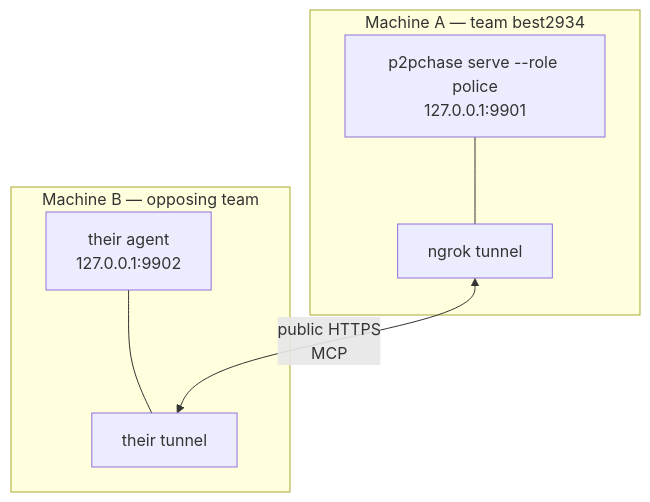
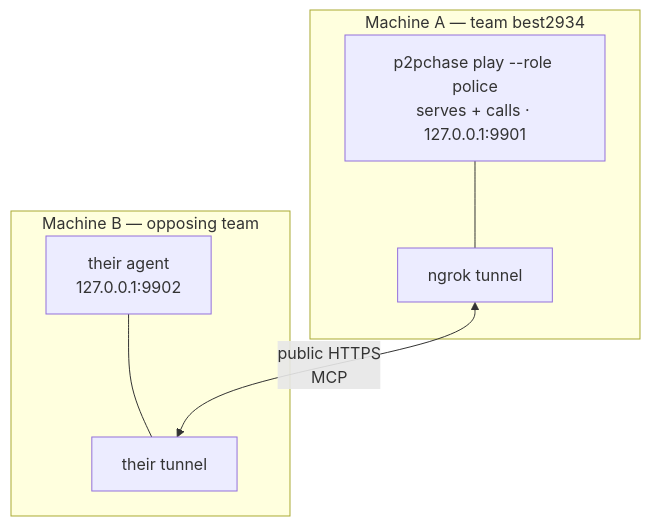
The seventh of 7 diagrams in docs/PLAN.md (Krayz1a/best2934-cop), drawn with Mermaid before and after one commit. The commit also changed other lines of this file and 18 other files, not shown here.

````diff
--- a/docs/PLAN.md
+++ b/docs/PLAN.md
@@ -230,14 +230,14 @@
 ```mermaid
 graph TB
     subgraph hostA["Machine A — team best2934"]
-        pa["p2pchase serve --role police<br/>127.0.0.1:9901"]
+        pa["p2pchase play --role police<br/>serves + calls · 127.0.0.1:9901"]
         ta["ngrok tunnel"]
         pa --- ta
     end
     subgraph hostB["Machine B — opposing team"]
         pb["their agent<br/>127.0.0.1:9902"]
         tb["their tunnel"]
         pb --- tb
     end
     ta <-->|"public HTTPS<br/>MCP"| tb
 ```
````
